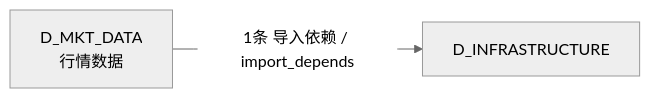
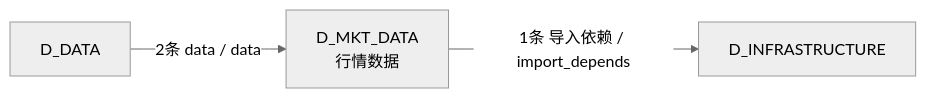
The fourth of 4 diagrams in docs/02_enterprise_architecture/02_domain_architecture_docs/20_d_mkt_data.md (xuanFelixVan/ZephyrAlpha), drawn with Mermaid (neutral theme) before and after one commit. The commit also changed other lines of this file and 101 other files, not shown here.

````diff
--- a/docs/02_enterprise_architecture/02_domain_architecture_docs/20_d_mkt_data.md
+++ b/docs/02_enterprise_architecture/02_domain_architecture_docs/20_d_mkt_data.md
@@ -158,6 +165,8 @@
 ```mermaid
 graph LR
     D_MKT_DATA["D_MKT_DATA<br/>行情数据"]
     D_INFRASTRUCTURE["D_INFRASTRUCTURE"]
+    D_DATA["D_DATA"]
     D_MKT_DATA -->|1条 导入依赖 / import_depends| D_INFRASTRUCTURE
+    D_DATA -->|2条 data / data| D_MKT_DATA
 ```
````
